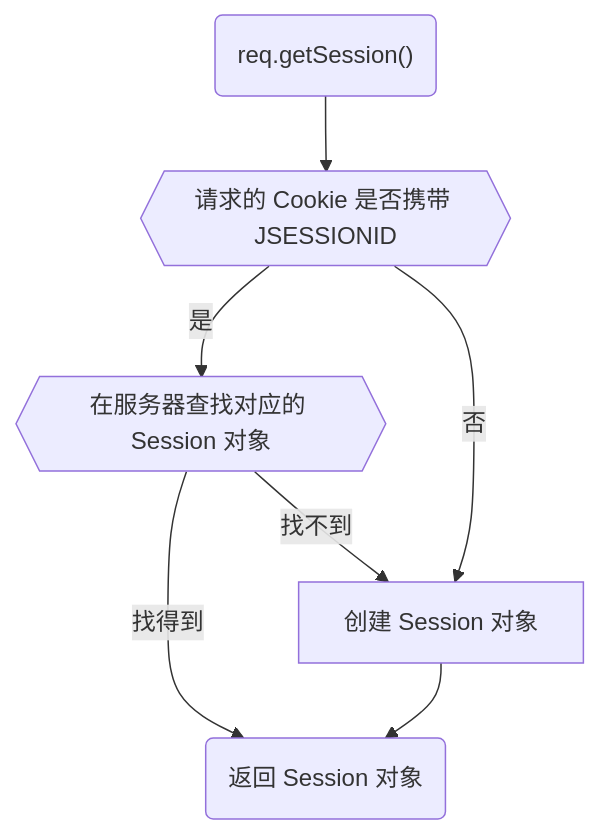
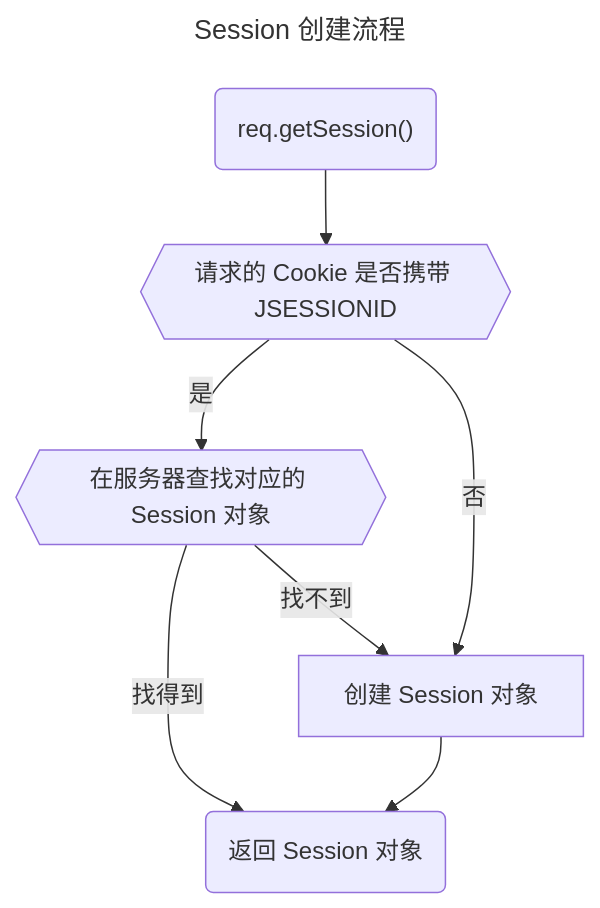
Before and after one commit to follow1123/docs: the sixth of 8 diagrams in java/jakartaee/servlet.md, drawn with Mermaid. The commit also changed other lines of this file and 1 other file, not shown here.

Commit message:
servlet: 修复图片问题，完善文档

````diff
--- a/java/jakartaee/servlet.md
+++ b/java/jakartaee/servlet.md
@@ -459,9 +459,12 @@
 ```mermaid
+---
+title: Session 创建流程
+---
 flowchart TD
 a("req.getSession()") --> b{{请求的 Cookie 是否携带 JSESSIONID}}
 b -- 是 --> c{{在服务器查找对应的 Session 对象}}
 b -- 否 --> d[创建 Session 对象]
 c -- 找得到 --> e(返回 Session 对象)
 c -- 找不到 --> d
 d --> e
 ```
````
